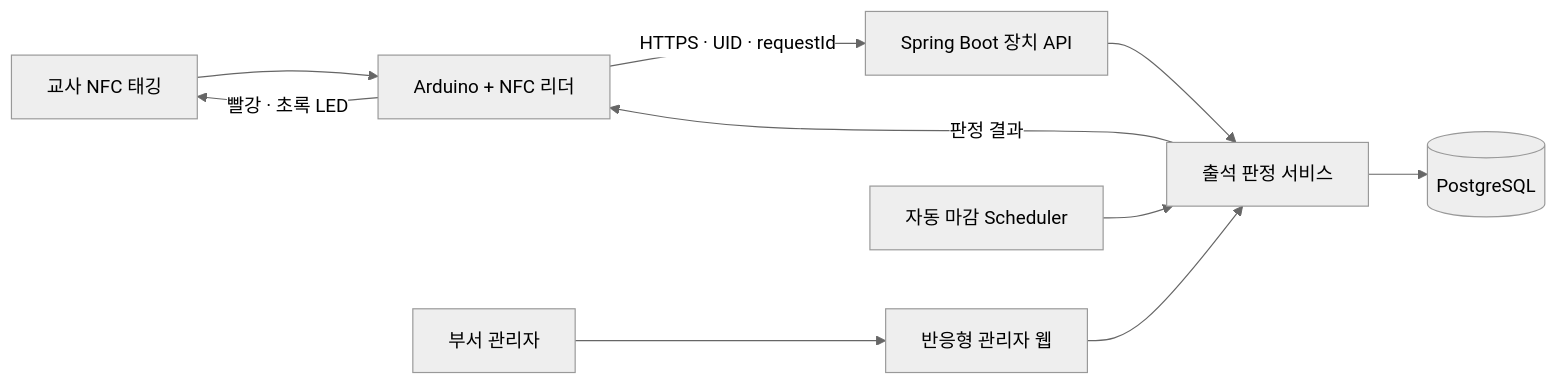
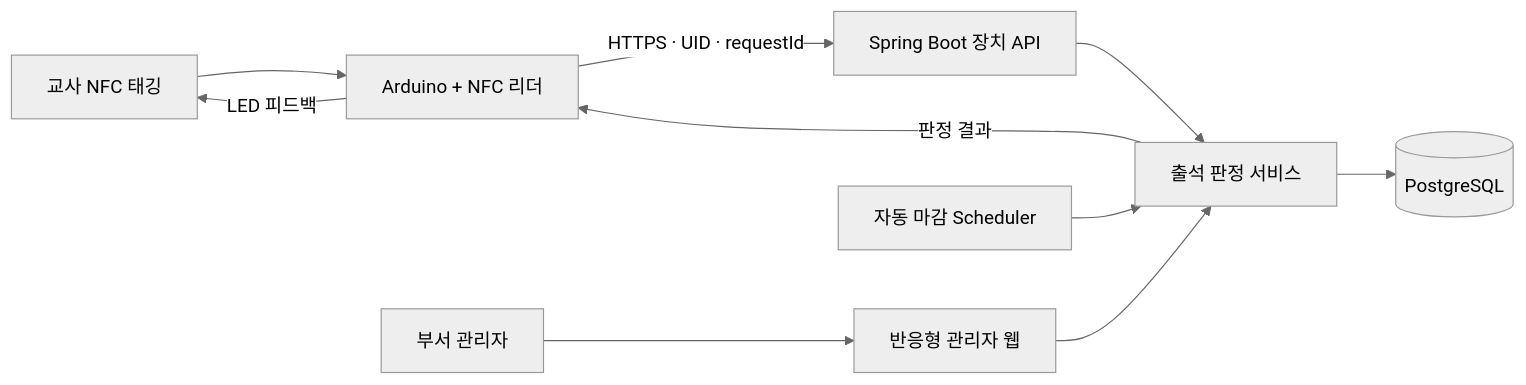
One commit to jinhokingofworld/attend changed the first of 2 diagrams in README.md. Above: the diagram before and after it, drawn with Mermaid (neutral theme). The commit also changed other lines of this file, not shown here.

````diff
--- a/README.md
+++ b/README.md
@@ -31,12 +65,12 @@
 ```mermaid
 flowchart LR
     T["교사 NFC 태깅"] --> D["Arduino + NFC 리더"]
     D -->|"HTTPS · UID · requestId"| API["Spring Boot 장치 API"]
     API --> S["출석 판정 서비스"]
     S --> DB[("PostgreSQL")]
     S -->|"판정 결과"| D
-    D -->|"빨강 · 초록 LED"| T
+    D -->|"LED 피드백"| T
     A["부서 관리자"] --> W["반응형 관리자 웹"]
     W --> S
     C["자동 마감 Scheduler"] --> S
 ```
````
